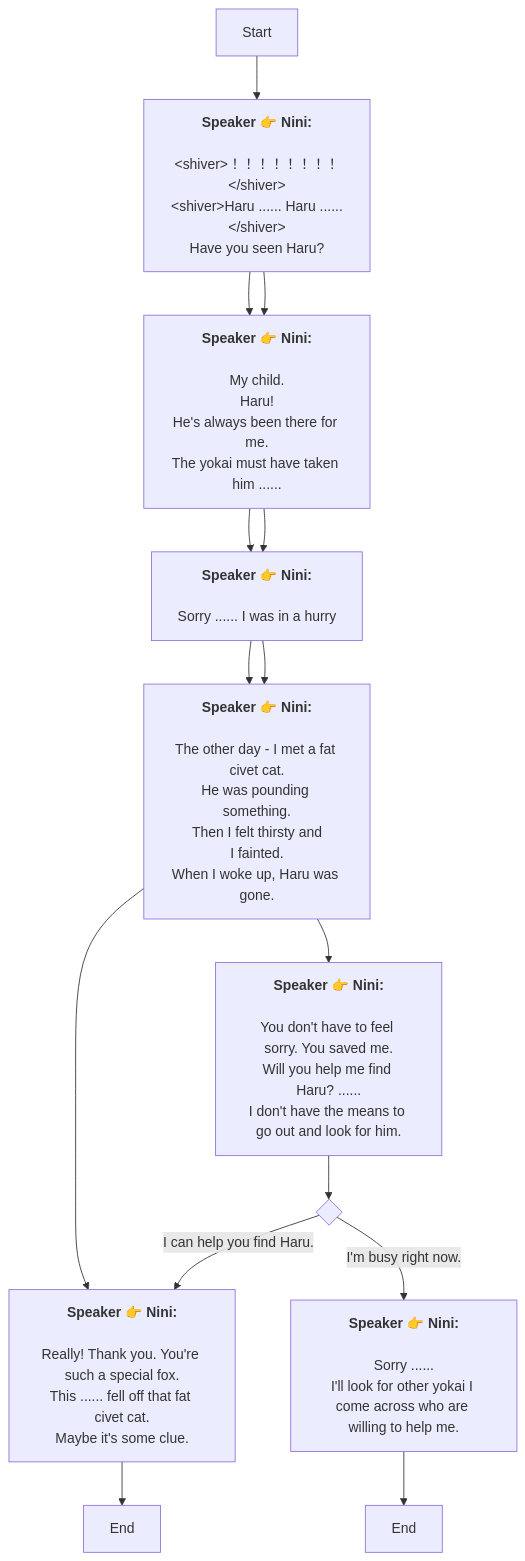
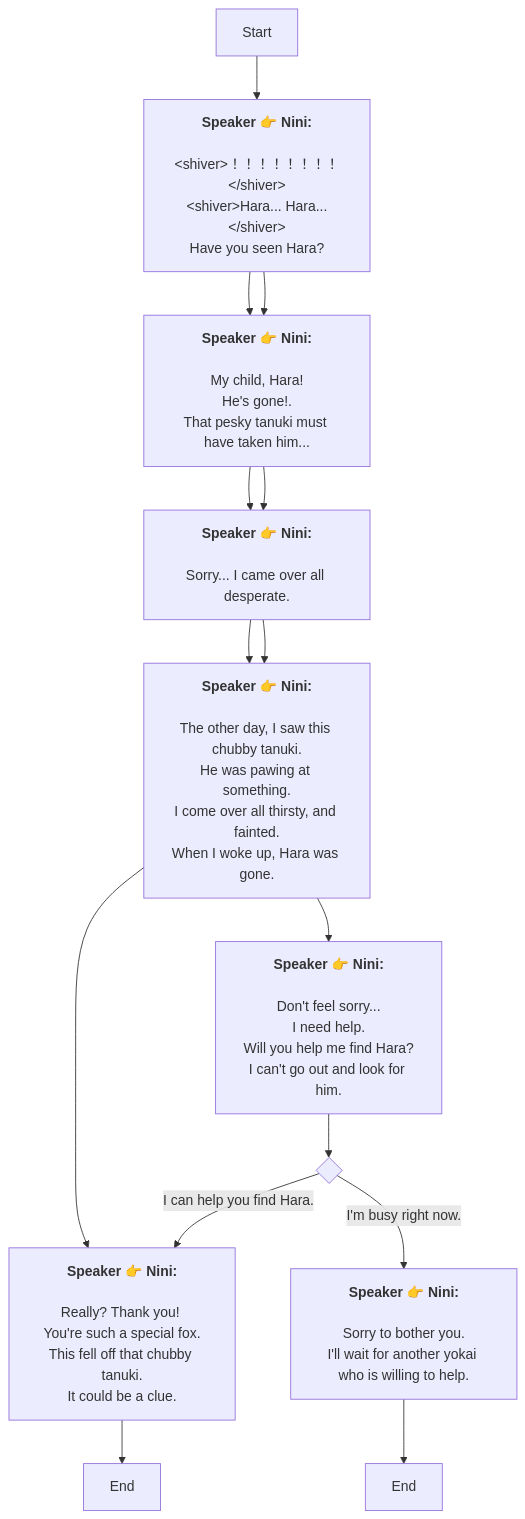
The diagram in En/QuestTalkObjectiveNode_1766053212522197.md (SoftHu/tos_avg), drawn with Mermaid before and after one commit. The commit also changed 312 other files, not shown here.

````diff
--- a/En/QuestTalkObjectiveNode_1766053212522197.md
+++ b/En/QuestTalkObjectiveNode_1766053212522197.md
@@ -1,63 +1,62 @@
 ```mermaid
 graph
 Start -->1766053515595483[<b>Speaker 👉 Nini:</b>
 
 &lt;shiver&gt;！！！！！！！！&lt;/shiver&gt;
-&lt;shiver&gt;Haru ...... Haru ......&lt;/shiver&gt;
-Have you seen Haru?]
+&lt;shiver&gt;Hara... Hara...&lt;/shiver&gt;
+Have you seen Hara?]
 1766053515595483 -->1766055012627169[<b>Speaker 👉 Nini:</b>
 
-My child.
-Haru!
-He's always been there for me.
-The yokai must have taken him ......]
+My child, Hara!
+He's gone!.
+That pesky tanuki must have taken him...]
 1766053515595483 -->1766055012627169[<b>Speaker 👉 Nini:</b>
 
-My child.
-Haru!
-He's always been there for me.
-The yokai must have taken him ......]
+My child, Hara!
+He's gone!.
+That pesky tanuki must have taken him...]
 1766055012627169 -->1766056153452252[<b>Speaker 👉 Nini:</b>
 
-Sorry ...... I was in a hurry]
+Sorry... I came over all desperate.]
 1766055012627169 -->1766056153452252[<b>Speaker 👉 Nini:</b>
 
-Sorry ...... I was in a hurry]
+Sorry... I came over all desperate.]
 1766056153452252 -->1766056200126178[<b>Speaker 👉 Nini:</b>
 
-The other day - I met a fat civet cat.
-He was pounding something.
-Then I felt thirsty and
-I fainted.
-When I woke up, Haru was gone.]
+The other day, I saw this chubby tanuki.
+He was pawing at something.
+I come over all thirsty, and fainted.
+When I woke up, Hara was gone.]
 1766056153452252 -->1766056200126178[<b>Speaker 👉 Nini:</b>
 
-The other day - I met a fat civet cat.
-He was pounding something.
-Then I felt thirsty and
-I fainted.
-When I woke up, Haru was gone.]
+The other day, I saw this chubby tanuki.
+He was pawing at something.
+I come over all thirsty, and fainted.
+When I woke up, Hara was gone.]
 1766056200126178 -->1766056269282024[<b>Speaker 👉 Nini:</b>
 
-Really! Thank you. You're such a special fox.
-This ...... fell off that fat civet cat.
-Maybe it's some clue.]
+Really? Thank you! 
+You're such a special fox.
+This fell off that chubby tanuki.
+It could be a clue.]
 1766056200126178 -->1766056329715434[<b>Speaker 👉 Nini:</b>
 
-You don't have to feel sorry. You saved me.
-Will you help me find Haru? ......
-I don't have the means to go out and look for him.]
+Don't feel sorry...
+I need help.
+Will you help me find Hara?
+I can't go out and look for him.]
 1766056269282024 -->1766056308926185[End]
 1766056329715434 -->1766056347334383{ }
-1766056347334383 -->|I can help you find Haru.|1766056269282024[<b>Speaker 👉 Nini:</b>
+1766056347334383 -->|I can help you find Hara.|1766056269282024[<b>Speaker 👉 Nini:</b>
 
-Really! Thank you. You're such a special fox.
-This ...... fell off that fat civet cat.
-Maybe it's some clue.]
+Really? Thank you! 
+You're such a special fox.
+This fell off that chubby tanuki.
+It could be a clue.]
 1766056347334383 -->|I'm busy right now.|1766056401217265[<b>Speaker 👉 Nini:</b>
 
-Sorry ......
-I'll look for other yokai I come across who are willing to help me.]
+Sorry to bother you.
+I'll wait for another yokai who is willing to help.]
 1766056401217265 -->1766056390392560[End]
 
  ```
````
